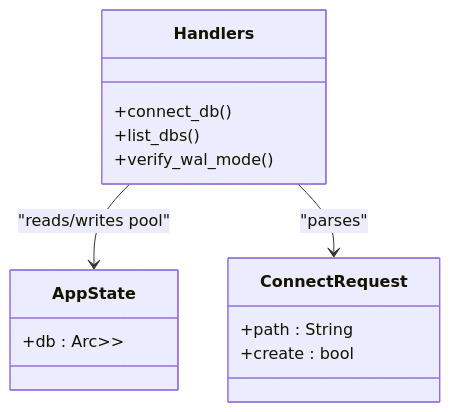
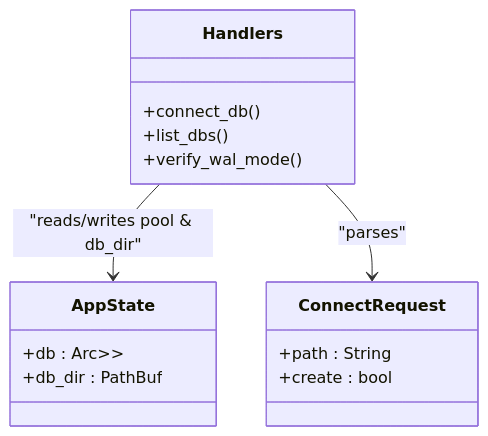
Before and after one commit to sutanto1010/crablite: the third of 4 diagrams in .qoder/repowiki/en/content/API Reference/Connection Management.md, drawn with Mermaid. The commit also changed other lines of this file and 47 other files, not shown here.

````diff
--- a/.qoder/repowiki/en/content/API Reference/Connection Management.md
+++ b/.qoder/repowiki/en/content/API Reference/Connection Management.md
@@ -196,17 +241,18 @@
 ```mermaid
 classDiagram
 class AppState {
 +db : Arc<RwLock<Option<SqlitePool>>>
++db_dir : PathBuf
 }
 class ConnectRequest {
 +path : String
 +create : bool
 }
 class Handlers {
 +connect_db()
 +list_dbs()
 +verify_wal_mode()
 }
-Handlers --> AppState : "reads/writes pool"
+Handlers --> AppState : "reads/writes pool & db_dir"
 Handlers --> ConnectRequest : "parses"
 ```
````
